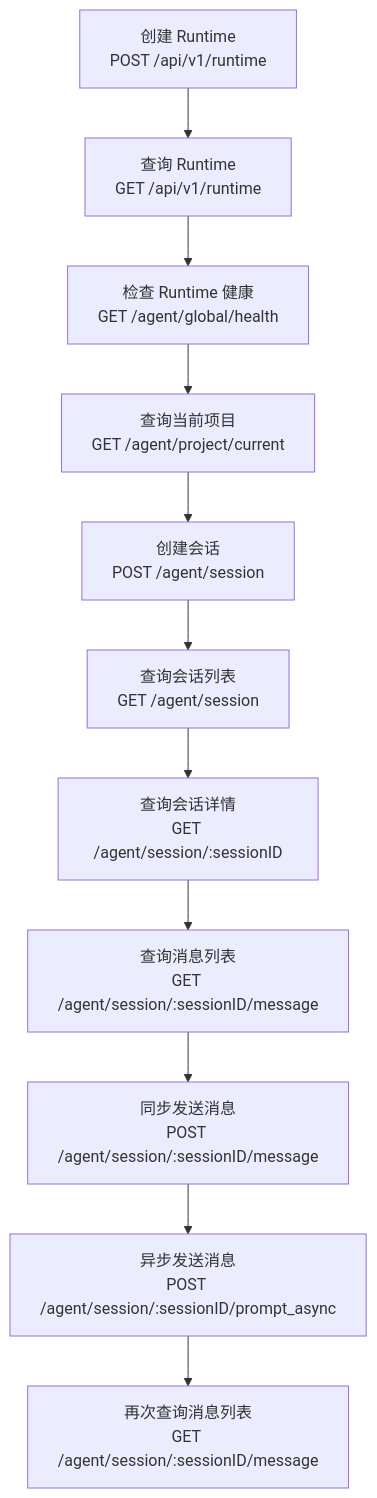
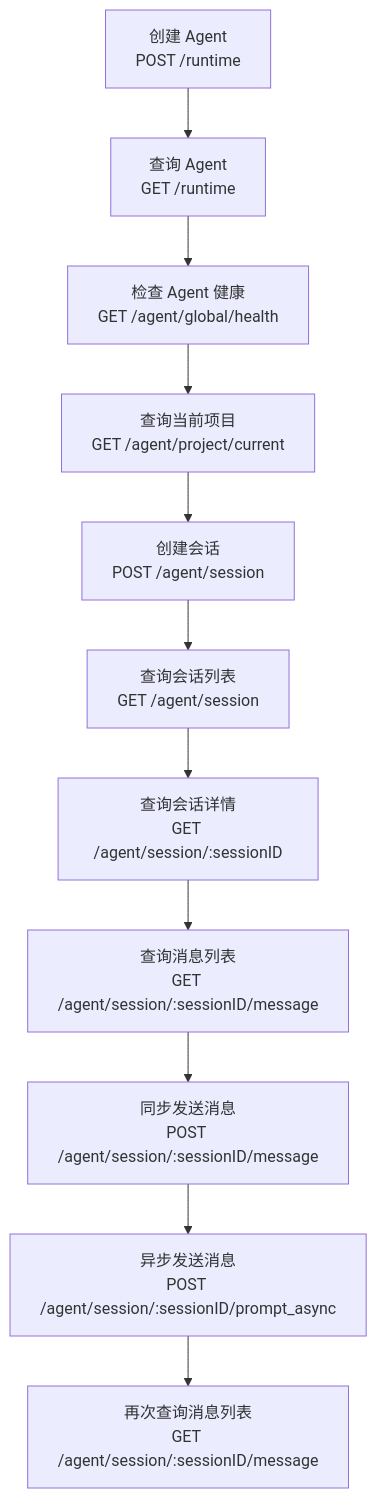
One commit to ArchAIHarness/agent-master changed the fifth of 5 diagrams in API.md. Above: the diagram before and after it, drawn with Mermaid. The commit also changed other lines of this file and 24 other files, not shown here.

Commit message:
fix: restore stable runtime control flow

````diff
--- a/API.md
+++ b/API.md
@@ -137,13 +138,13 @@
 ```mermaid
 flowchart TD
-    createRuntime["创建 Runtime<br>POST /api/v1/runtime"] --> getRuntime["查询 Runtime<br>GET /api/v1/runtime"]
-    getRuntime --> health["检查 Runtime 健康<br>GET /agent/global/health"]
+    createAgent["创建 Agent<br>POST /runtime"] --> getAgent["查询 Agent<br>GET /runtime"]
+    getAgent --> health["检查 Agent 健康<br>GET /agent/global/health"]
     health --> project["查询当前项目<br>GET /agent/project/current"]
     project --> createSession["创建会话<br>POST /agent/session"]
     createSession --> listSession["查询会话列表<br>GET /agent/session"]
     listSession --> getSession["查询会话详情<br>GET /agent/session/:sessionID"]
     getSession --> listMessage["查询消息列表<br>GET /agent/session/:sessionID/message"]
     listMessage --> sendSync["同步发送消息<br>POST /agent/session/:sessionID/message"]
     sendSync --> sendAsync["异步发送消息<br>POST /agent/session/:sessionID/prompt_async"]
     sendAsync --> queryResult["再次查询消息列表<br>GET /agent/session/:sessionID/message"]
 ```
````
